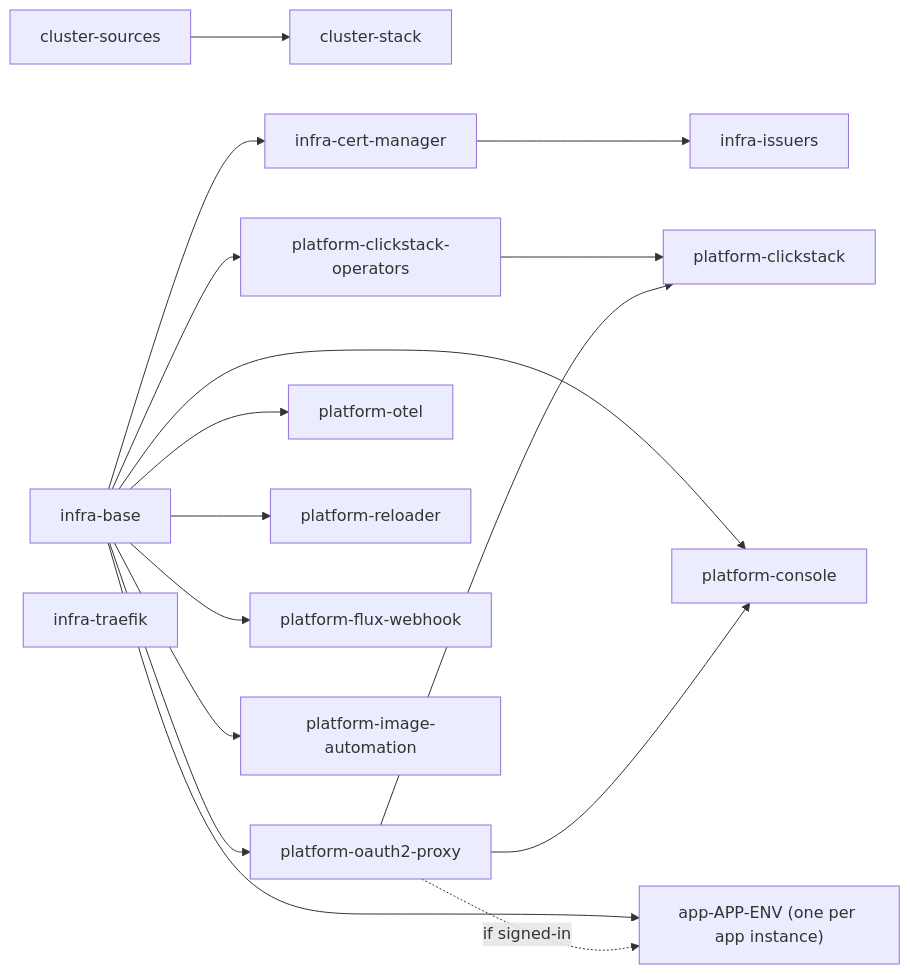
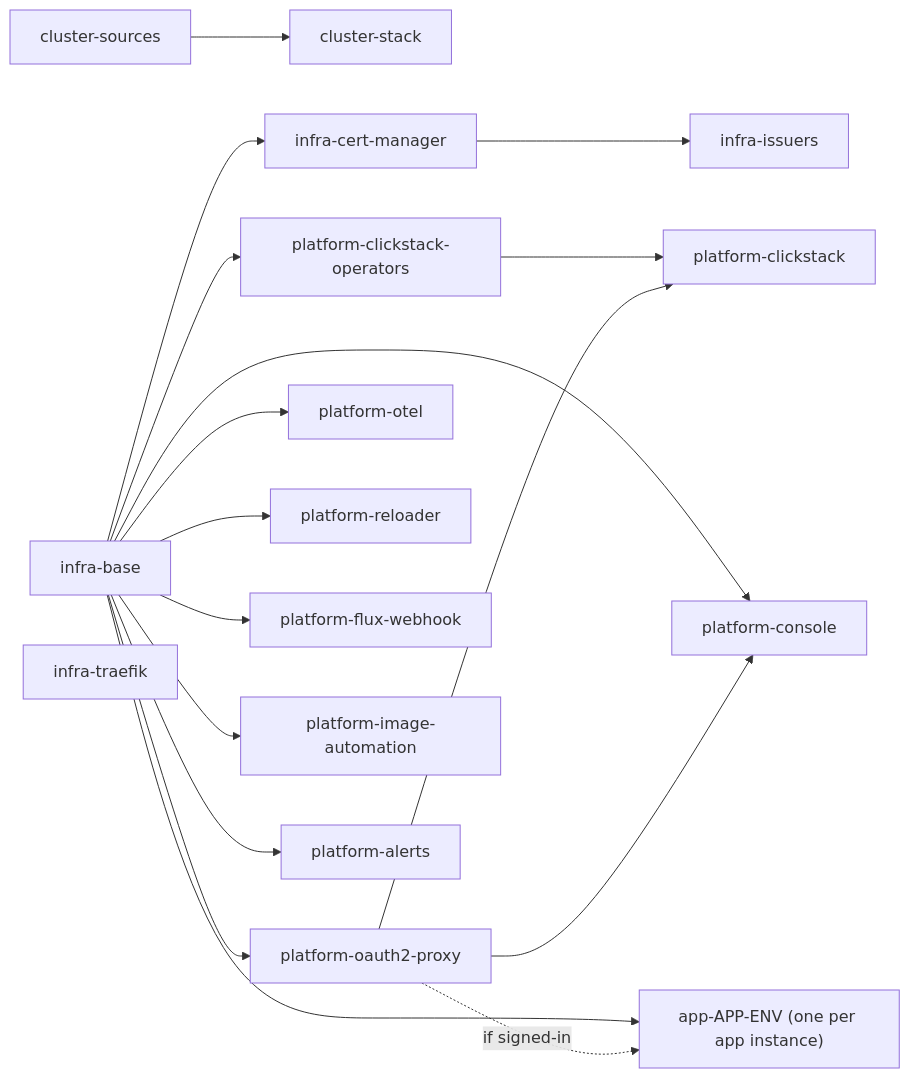
Before and after one commit to samclement/swhurl-platform: the first of 5 diagrams in docs/architecture.md, drawn with Mermaid. The commit also changed other lines of this file and 13 other files, not shown here.

````diff
--- a/docs/architecture.md
+++ b/docs/architecture.md
@@ -32,17 +32,18 @@
 ```mermaid
 flowchart LR
   sources[cluster-sources] --> stack[cluster-stack]
   base[infra-base] --> cm[infra-cert-manager] --> issuers[infra-issuers]
   base --> auth[platform-oauth2-proxy]
   base --> ops[platform-clickstack-operators] --> clickstack[platform-clickstack]
   auth --> clickstack
   base --> otel[platform-otel]
   base --> reloader[platform-reloader]
   base --> webhook[platform-flux-webhook]
   base --> imageauto[platform-image-automation]
+  base --> alerts[platform-alerts]
   base --> console[platform-console]
   auth --> console
   traefik[infra-traefik]
   base --> app["app-APP-ENV (one per app instance)"]
   auth -. if signed-in .-> app
 ```
````
